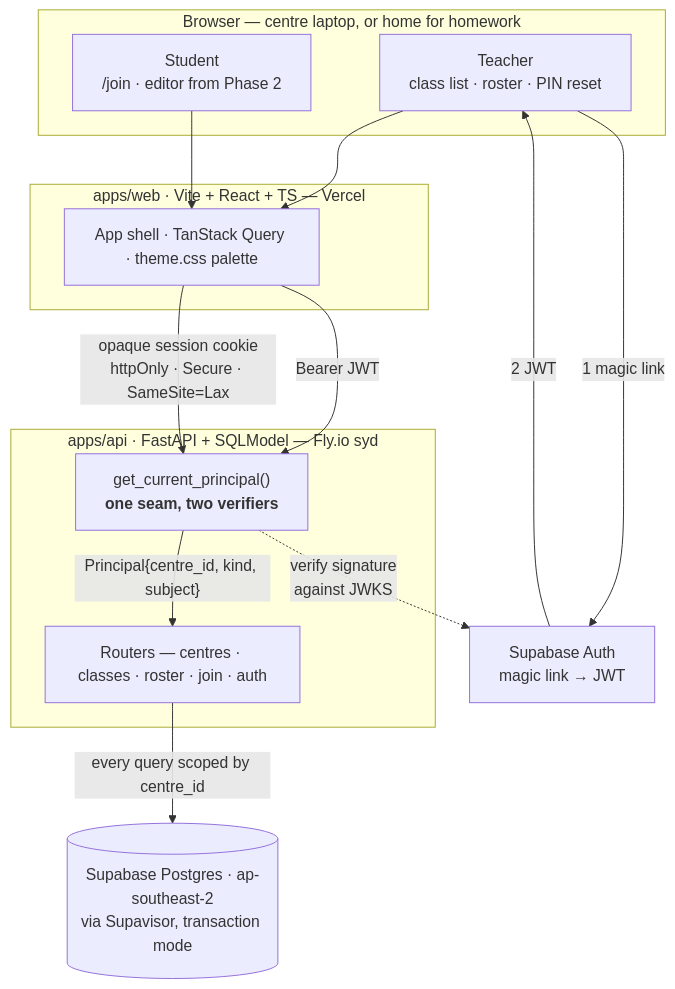
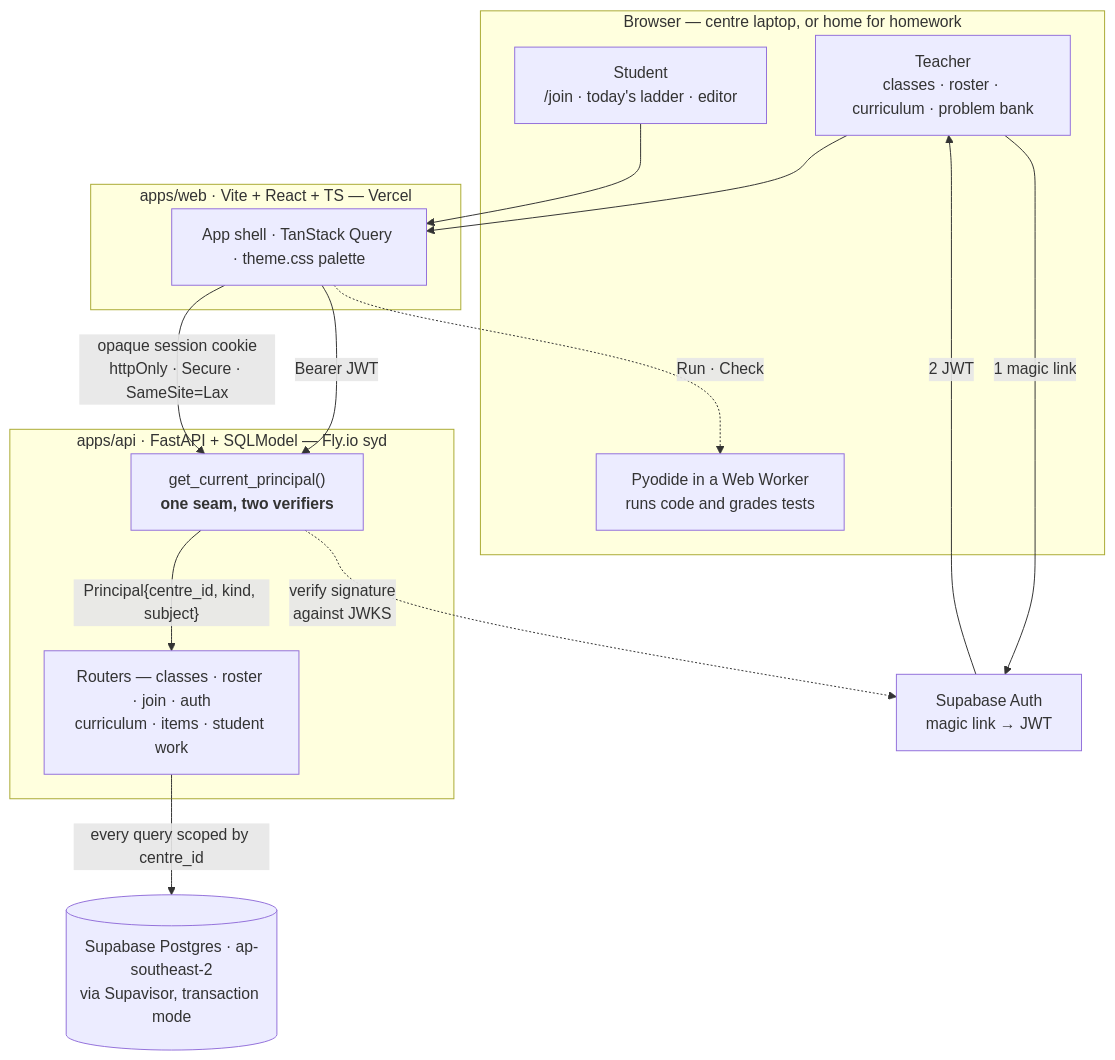
One commit to ryuken101/yogucode changed the first of 2 diagrams in README.md. Above: the diagram before and after it, drawn with Mermaid. The commit also changed other lines of this file and 67 other files, not shown here.

````diff
--- a/README.md
+++ b/README.md
@@ -27,29 +27,31 @@
 ```mermaid
 flowchart TB
     subgraph browser["Browser — centre laptop, or home for homework"]
-        teacher["Teacher<br/>class list · roster · PIN reset"]
-        student["Student<br/>/join · editor from Phase 2"]
+        teacher["Teacher<br/>classes · roster · curriculum · problem bank"]
+        student["Student<br/>/join · today's ladder · editor"]
+        pyodide["Pyodide in a Web Worker<br/>runs code and grades tests"]
     end
 
     subgraph webapp["apps/web · Vite + React + TS — Vercel"]
         shell["App shell · TanStack Query · theme.css palette"]
     end
 
     subgraph apisvc["apps/api · FastAPI + SQLModel — Fly.io syd"]
         seam["get_current_principal()<br/><b>one seam, two verifiers</b>"]
-        routes["Routers — centres · classes · roster · join · auth"]
+        routes["Routers — classes · roster · join · auth<br/>curriculum · items · student work"]
     end
 
     auth["Supabase Auth<br/>magic link → JWT"]
     db[("Supabase Postgres · ap-southeast-2<br/>via Supavisor, transaction mode")]
 
     teacher -- "1 magic link" --> auth
     auth -- "2 JWT" --> teacher
     teacher --> shell
     student --> shell
+    shell -. "Run · Check" .-> pyodide
     shell -- "Bearer JWT" --> seam
     shell -- "opaque session cookie<br/>httpOnly · Secure · SameSite=Lax" --> seam
     seam -. "verify signature<br/>against JWKS" .-> auth
     seam -- "Principal{centre_id, kind, subject}" --> routes
     routes -- "every query scoped by centre_id" --> db
 ```
````
